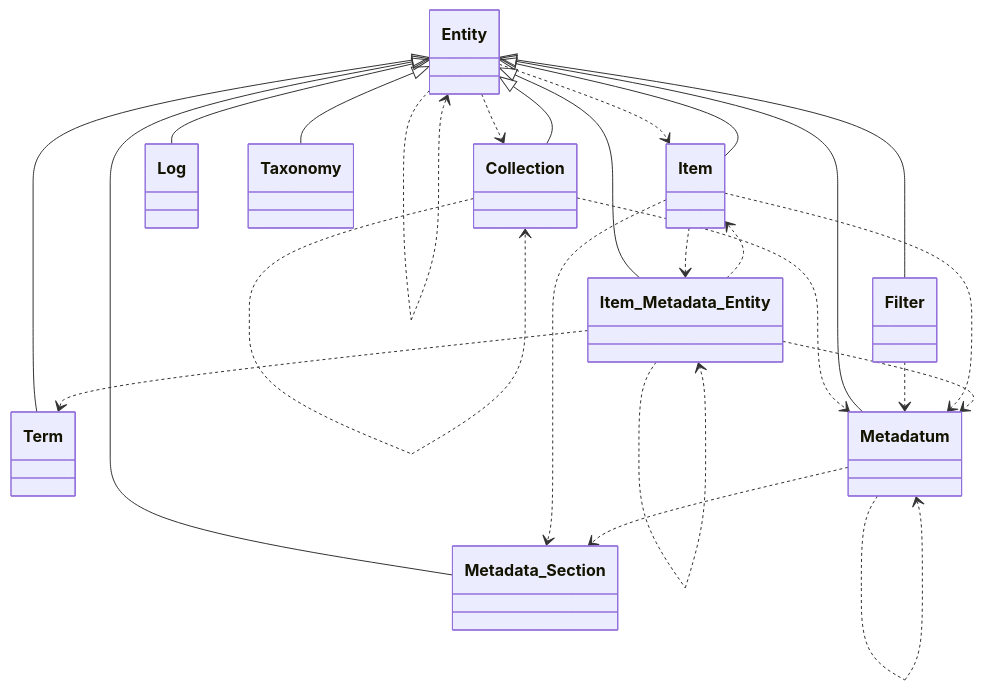
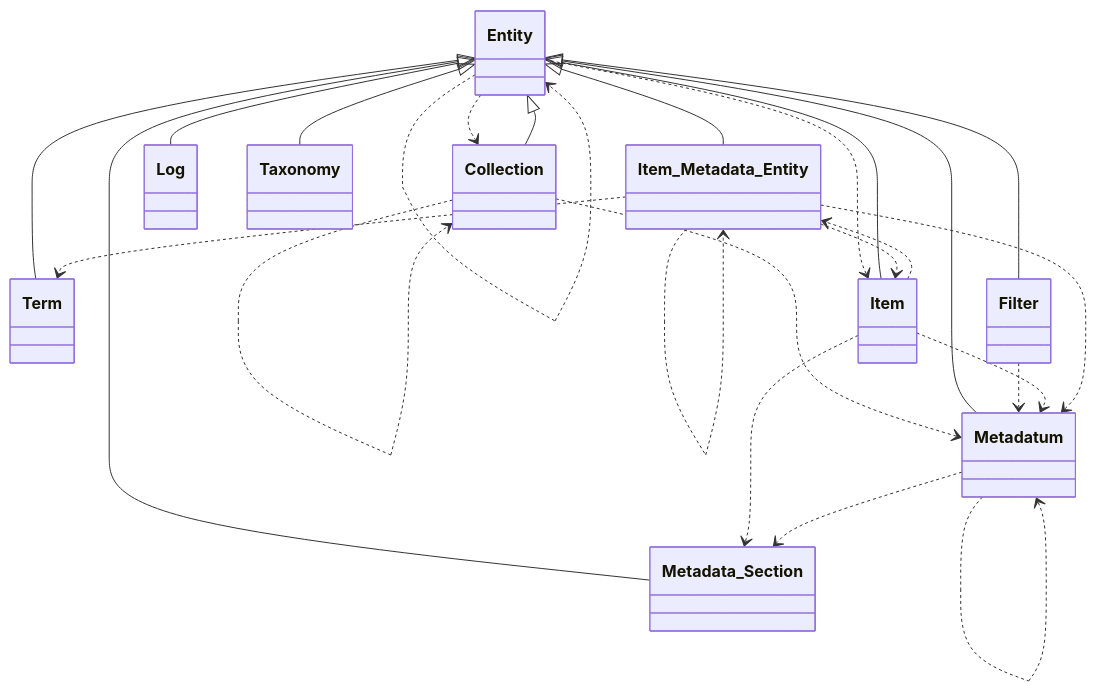
Before and after one commit to tainacan/tainacan: the fourth of 13 diagrams in docs/phpdoc/Home.md, drawn with Mermaid. The commit also changed other lines of this file and 65 other files, not shown here.

````diff
--- a/docs/phpdoc/Home.md
+++ b/docs/phpdoc/Home.md
@@ -360,38 +360,38 @@
 ```mermaid
 classDiagram
     direction TB
+    class Item_Metadata_Entity { }
+    class Metadatum { }
+    class Term { }
+    class Filter { }
+    class Metadata_Section { }
+    class Item { }
     class Collection { }
-    class Term { }
-    class Item { }
+    class Entity { }
     class Log { }
-    class Metadatum { }
-    class Filter { }
-    class Item_Metadata_Entity { }
     class Taxonomy { }
-    class Entity { }
-    class Metadata_Section { }
     Collection ..> Collection
     Collection ..> Metadatum
     Entity ..> Collection
     Entity ..> Entity
     Entity ..> Item
     Entity <|-- Collection
     Entity <|-- Filter
     Entity <|-- Item
     Entity <|-- Item_Metadata_Entity
     Entity <|-- Log
     Entity <|-- Metadata_Section
     Entity <|-- Metadatum
     Entity <|-- Taxonomy
     Entity <|-- Term
     Filter ..> Metadatum
     Item ..> Item_Metadata_Entity
     Item ..> Metadata_Section
     Item ..> Metadatum
     Item_Metadata_Entity ..> Item
     Item_Metadata_Entity ..> Item_Metadata_Entity
     Item_Metadata_Entity ..> Metadatum
     Item_Metadata_Entity ..> Term
     Metadatum ..> Metadata_Section
     Metadatum ..> Metadatum
 ```
````
